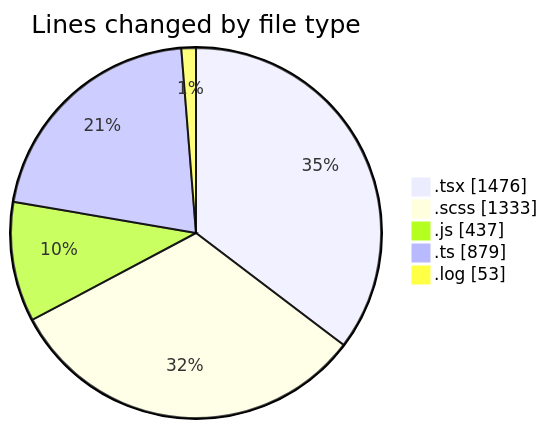
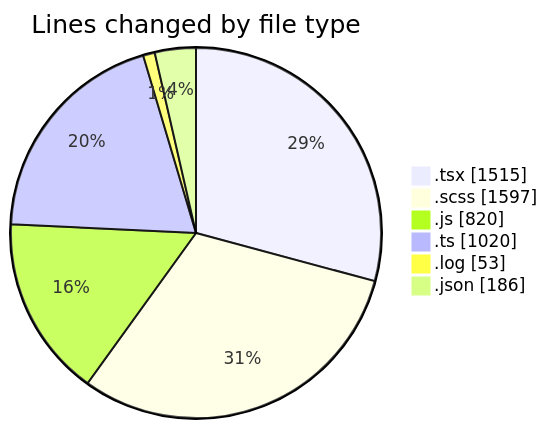
One commit to momahboobian/code-tracking changed the first of 2 diagrams in 2026-03-25/cda/README.md. Above: the diagram before and after it, drawn with Mermaid. The commit also changed other lines of this file and 1 other file, not shown here.

````diff
--- a/2026-03-25/cda/README.md
+++ b/2026-03-25/cda/README.md
@@ -27,9 +28,10 @@
 ```mermaid
 pie showData
 title Lines changed by file type
-".tsx" : 1476
-".scss" : 1333
-".js" : 437
-".ts" : 879
+".tsx" : 1515
+".scss" : 1597
+".js" : 820
+".ts" : 1020
 ".log" : 53
+".json" : 186
 ```
````
